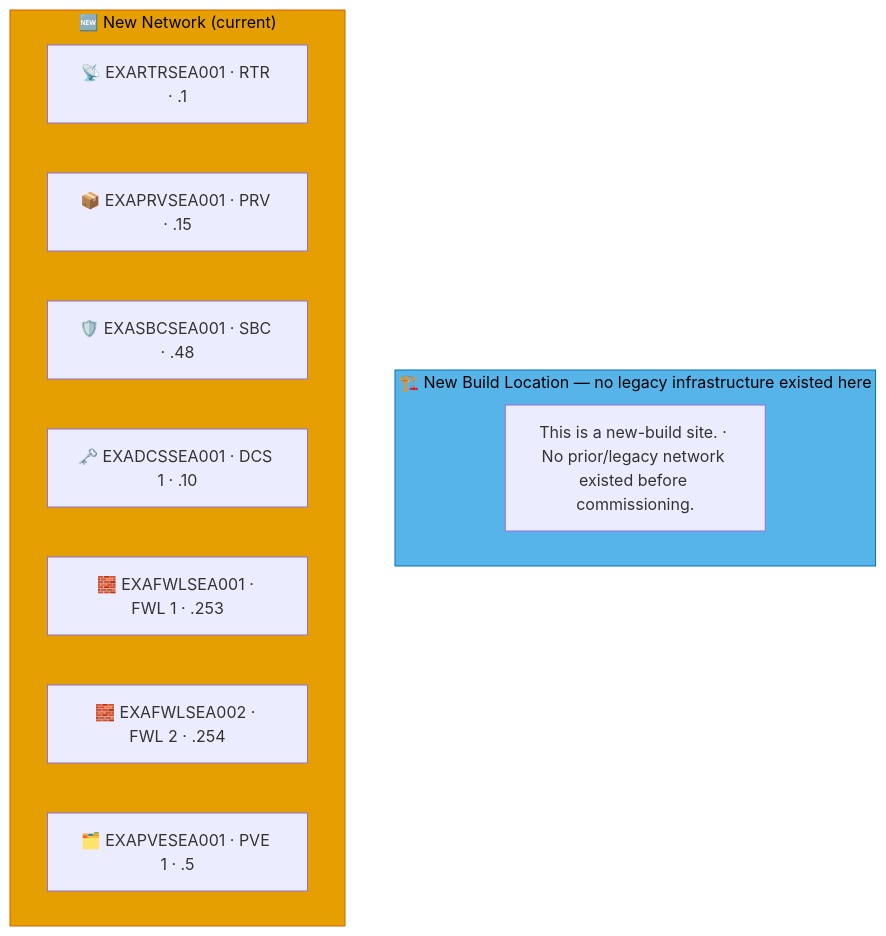
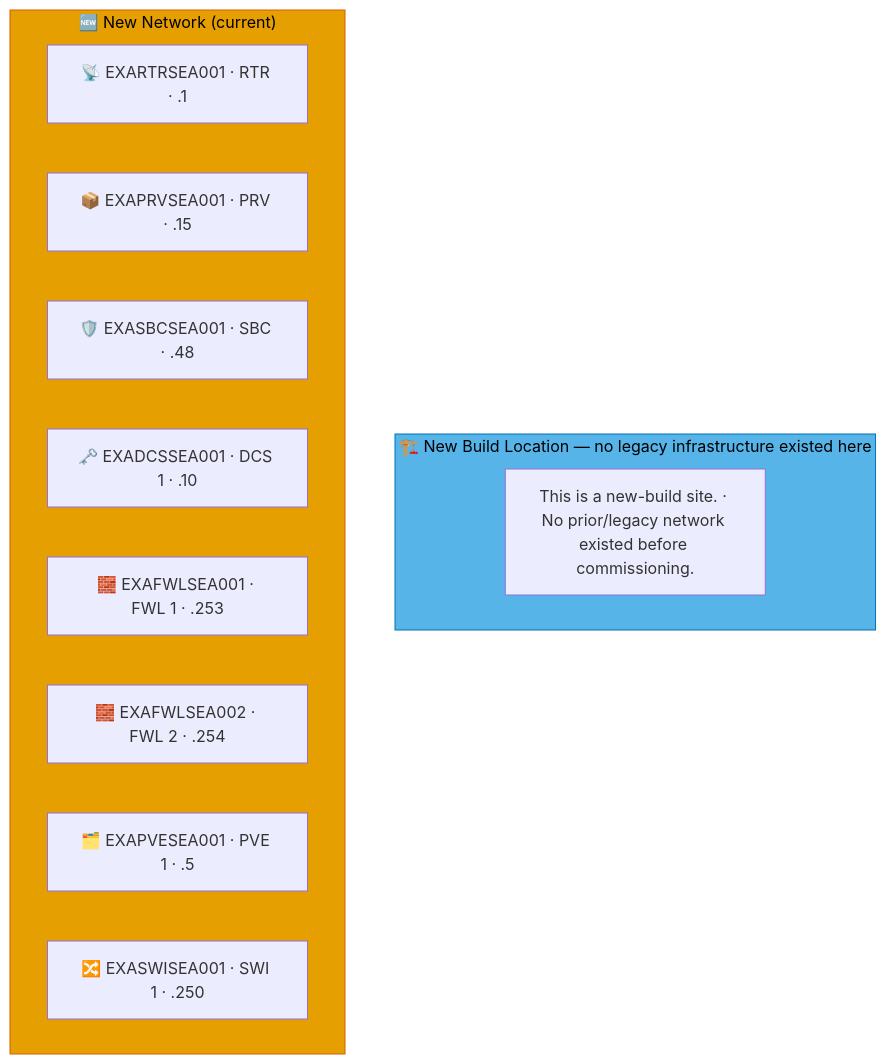
One commit to knightmare2600/example_music_infra changed the seventh of 8 diagrams in docs/network-diagram/united-states.md. Above: the diagram before and after it, drawn with Mermaid. The commit also changed other lines of this file and 12 other files, not shown here.

````diff
--- a/docs/network-diagram/united-states.md
+++ b/docs/network-diagram/united-states.md
@@ -329,19 +334,20 @@
 ```mermaid
 graph TD
     subgraph OLD_SEA ["🏗️ New Build Location — no legacy infrastructure existed here"]
       N_OLD_NOTE["This is a new-build site. · No prior/legacy network existed before commissioning."]
     end
     style OLD_SEA fill:#56B4E9,stroke:#0072B2,color:#000000
     %% GENERATED:NEW-NETWORK:SEA:START
     subgraph NEW_SEA ["🆕 New Network (current)"]
       N_RTR["📡 EXARTRSEA001 · RTR · .1"]
       N_PRV["📦 EXAPRVSEA001 · PRV · .15"]
       N_SBC["🛡️ EXASBCSEA001 · SBC · .48"]
       N_DCS["🗝️ EXADCSSEA001 · DCS 1 · .10"]
       N_FWL["🧱 EXAFWLSEA001 · FWL 1 · .253"]
       N_FWL2["🧱 EXAFWLSEA002 · FWL 2 · .254"]
       N_PVE["🗂️ EXAPVESEA001 · PVE 1 · .5"]
+      N_SWI["🔀 EXASWISEA001 · SWI 1 · .250"]
     end
     style NEW_SEA fill:#E69F00,stroke:#D55E00,color:#000000
     %% GENERATED:NEW-NETWORK:SEA:END
 ```
````
